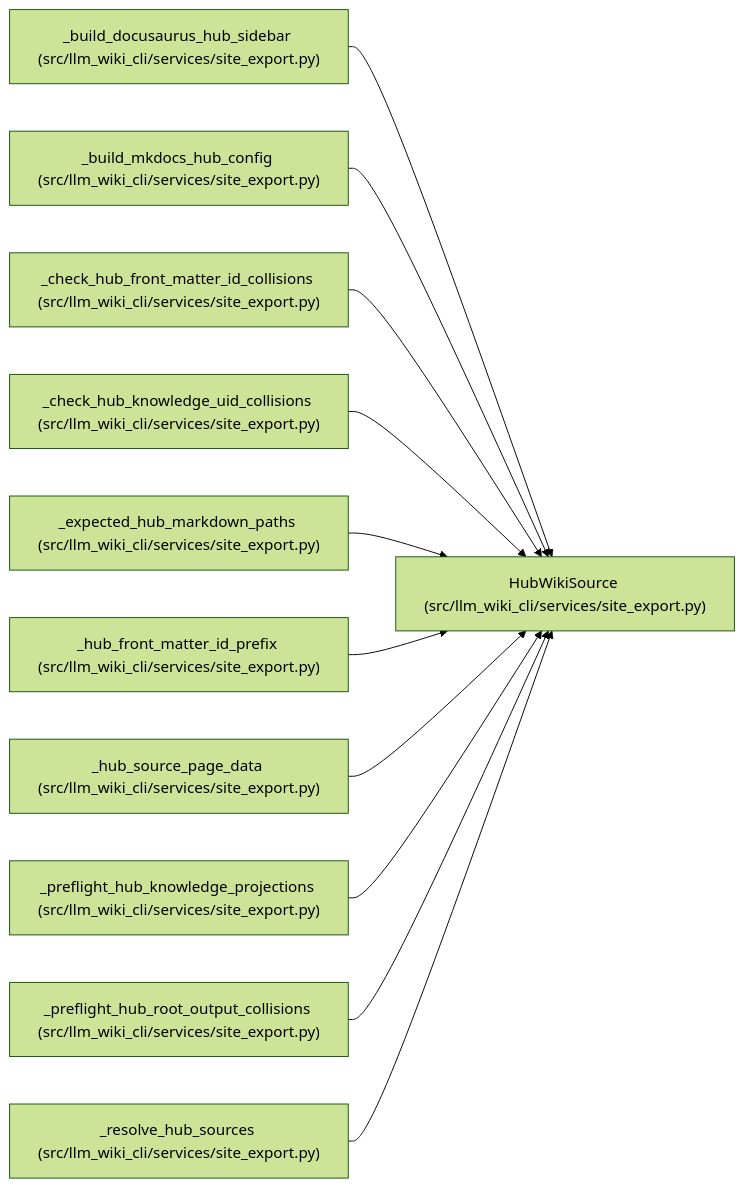
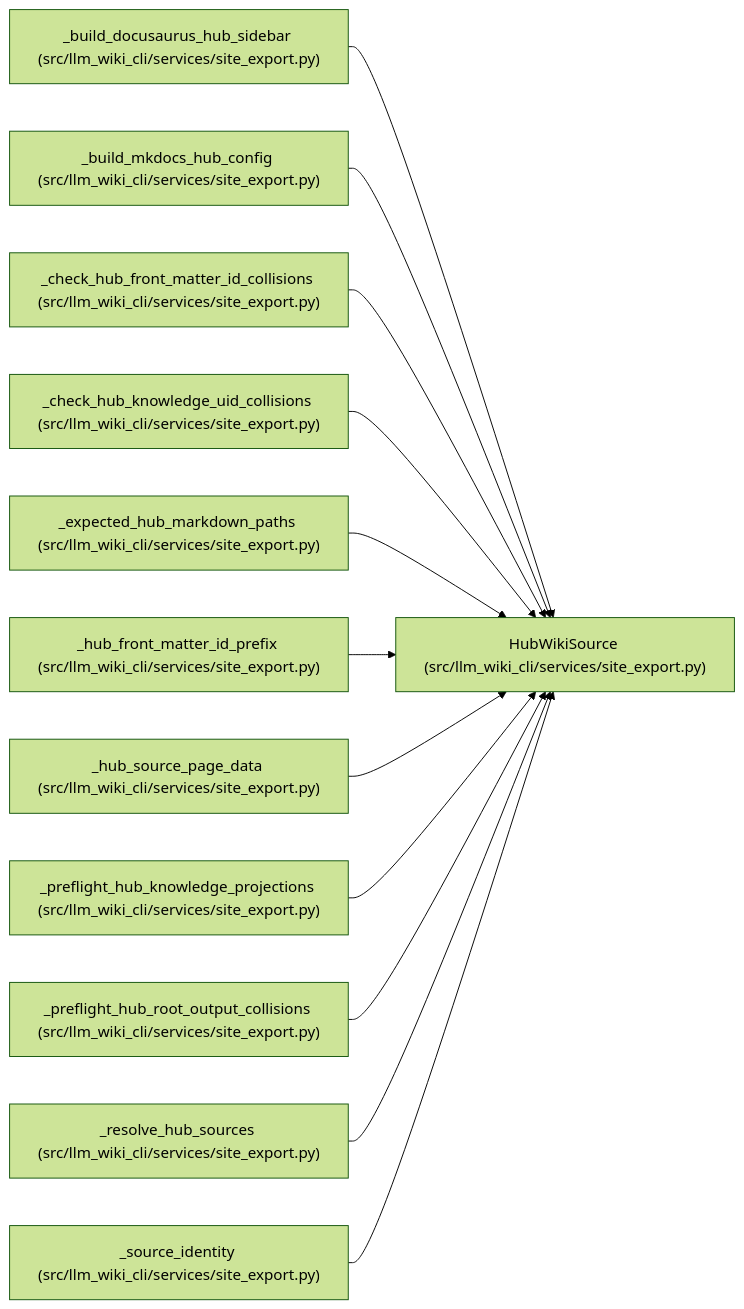
One commit to Denissvgn/python-wiki-llm changed the diagram in docs/llm_wiki/entities/HubWikiSource.md. Above: the diagram before and after it, drawn with Mermaid (forest theme). The commit also changed other lines of this file and 493 other files, not shown here.

````diff
--- a/docs/llm_wiki/entities/HubWikiSource.md
+++ b/docs/llm_wiki/entities/HubWikiSource.md
@@ -28,35 +28,38 @@
 ```mermaid
 flowchart LR
     n0["HubWikiSource (src/llm_wiki_cli/services/site_export.py)"]
     n1["_build_docusaurus_hub_sidebar (src/llm_wiki_cli/services/site_export.py)"]
     n2["_build_mkdocs_hub_config (src/llm_wiki_cli/services/site_export.py)"]
     n3["_check_hub_front_matter_id_collisions (src/llm_wiki_cli/services/site_export.py)"]
     n4["_check_hub_knowledge_uid_collisions (src/llm_wiki_cli/services/site_export.py)"]
     n5["_expected_hub_markdown_paths (src/llm_wiki_cli/services/site_export.py)"]
     n6["_hub_front_matter_id_prefix (src/llm_wiki_cli/services/site_export.py)"]
     n7["_hub_source_page_data (src/llm_wiki_cli/services/site_export.py)"]
     n8["_preflight_hub_knowledge_projections (src/llm_wiki_cli/services/site_export.py)"]
     n9["_preflight_hub_root_output_collisions (src/llm_wiki_cli/services/site_export.py)"]
     n10["_resolve_hub_sources (src/llm_wiki_cli/services/site_export.py)"]
+    n11["_source_identity (src/llm_wiki_cli/services/site_export.py)"]
     n1 --> n0
     n2 --> n0
     n3 --> n0
     n4 --> n0
     n5 --> n0
     n6 --> n0
     n7 --> n0
     n8 --> n0
     n9 --> n0
     n10 --> n0
+    n11 --> n0
     click n0 "../modules/site_export.md"
     click n1 "../modules/site_export.md"
     click n2 "../modules/site_export.md"
     click n3 "../modules/site_export.md"
     click n4 "../modules/site_export.md"
     click n5 "../modules/site_export.md"
     click n6 "../modules/site_export.md"
     click n7 "../modules/site_export.md"
     click n8 "../modules/site_export.md"
     click n9 "../modules/site_export.md"
     click n10 "../modules/site_export.md"
+    click n11 "../modules/site_export.md"
 ```
````
